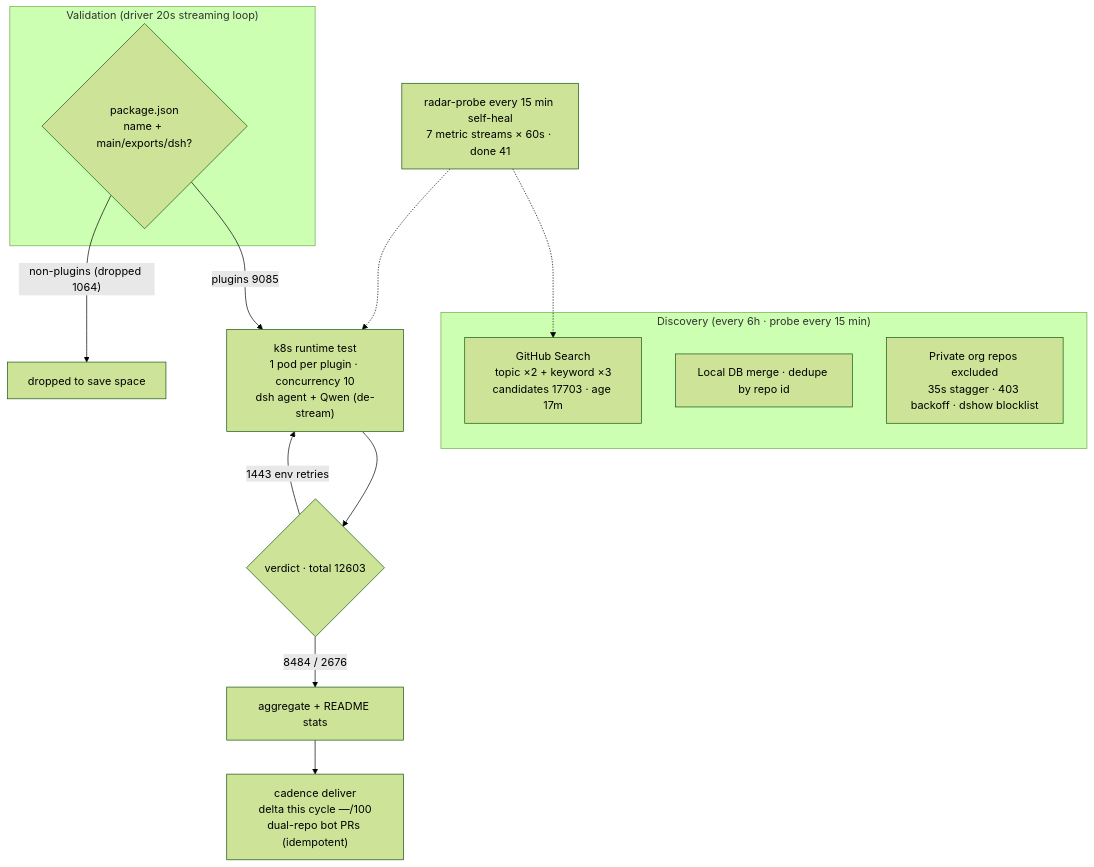
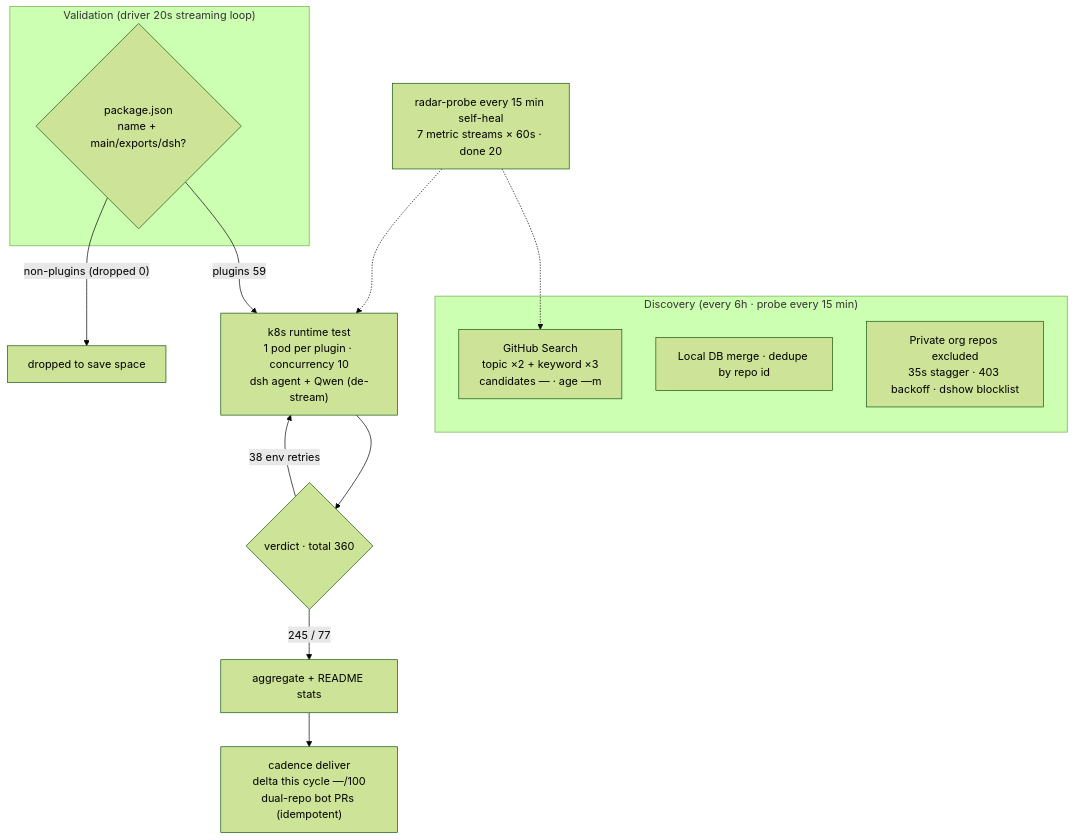
One commit to AdamPlatin123/awesome-dsh-plugins changed the diagram in README.en-US.md. Above: the diagram before and after it, drawn with Mermaid (forest theme). The commit also changed other lines of this file and 5 other files, not shown here.

````diff
--- a/README.en-US.md
+++ b/README.en-US.md
@@ -45,20 +45,20 @@
 ```mermaid
 flowchart TB
     subgraph Discovery["Discovery (every 6h · probe every 15 min)"]
-        A1["GitHub Search<br/>topic ×2 + keyword ×3<br/>candidates 17703 · age 17m"]
+        A1["GitHub Search<br/>topic ×2 + keyword ×3<br/>candidates — · age —m"]
         A2["Local DB merge · dedupe by repo id"]
         A3["Private org repos excluded<br/>35s stagger · 403 backoff · dshow blocklist"]
     end
     subgraph Validation["Validation (driver 20s streaming loop)"]
         B1{"package.json<br/>name + main/exports/dsh?"}
     end
-    B1 -->|"plugins 9085"| C1["k8s runtime test<br/>1 pod per plugin · concurrency 10<br/>dsh agent + Qwen (de-stream)"]
-    B1 -->|"non-plugins (dropped 1064)"| B3["dropped to save space"]
-    C1 --> D1{"verdict · total 12603"}
-    D1 -->|"8484 / 2676"| E1["aggregate + README stats"]
-    D1 -->|"1443 env retries"| C1
+    B1 -->|"plugins 59"| C1["k8s runtime test<br/>1 pod per plugin · concurrency 10<br/>dsh agent + Qwen (de-stream)"]
+    B1 -->|"non-plugins (dropped 0)"| B3["dropped to save space"]
+    C1 --> D1{"verdict · total 360"}
+    D1 -->|"245 / 77"| E1["aggregate + README stats"]
+    D1 -->|"38 env retries"| C1
     E1 --> E2["cadence deliver<br/>delta this cycle —/100<br/>dual-repo bot PRs (idempotent)"]
-    M["radar-probe every 15 min self-heal<br/>7 metric streams × 60s · done 41"]
+    M["radar-probe every 15 min self-heal<br/>7 metric streams × 60s · done 20"]
     M -.-> A1
     M -.-> C1
 ```
````
